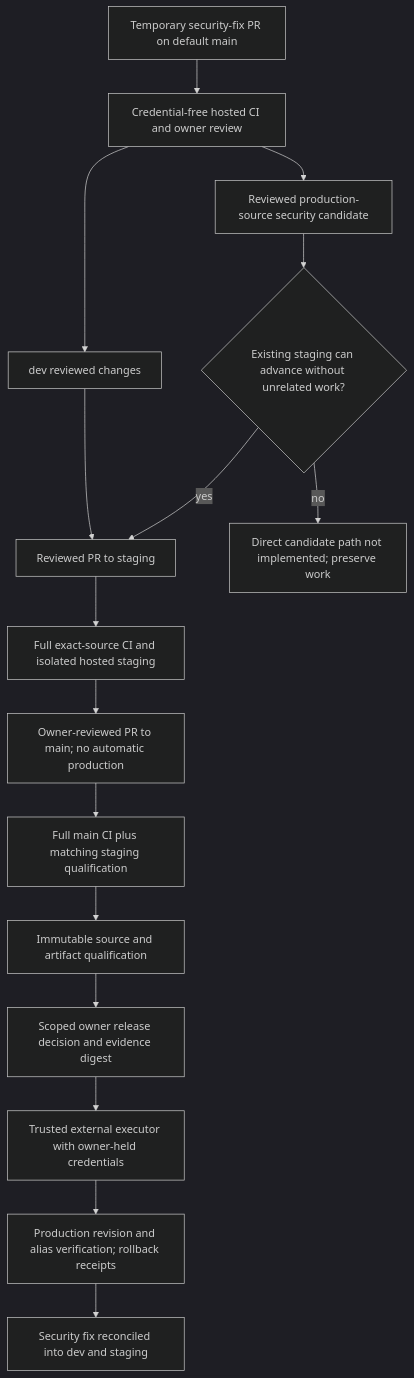
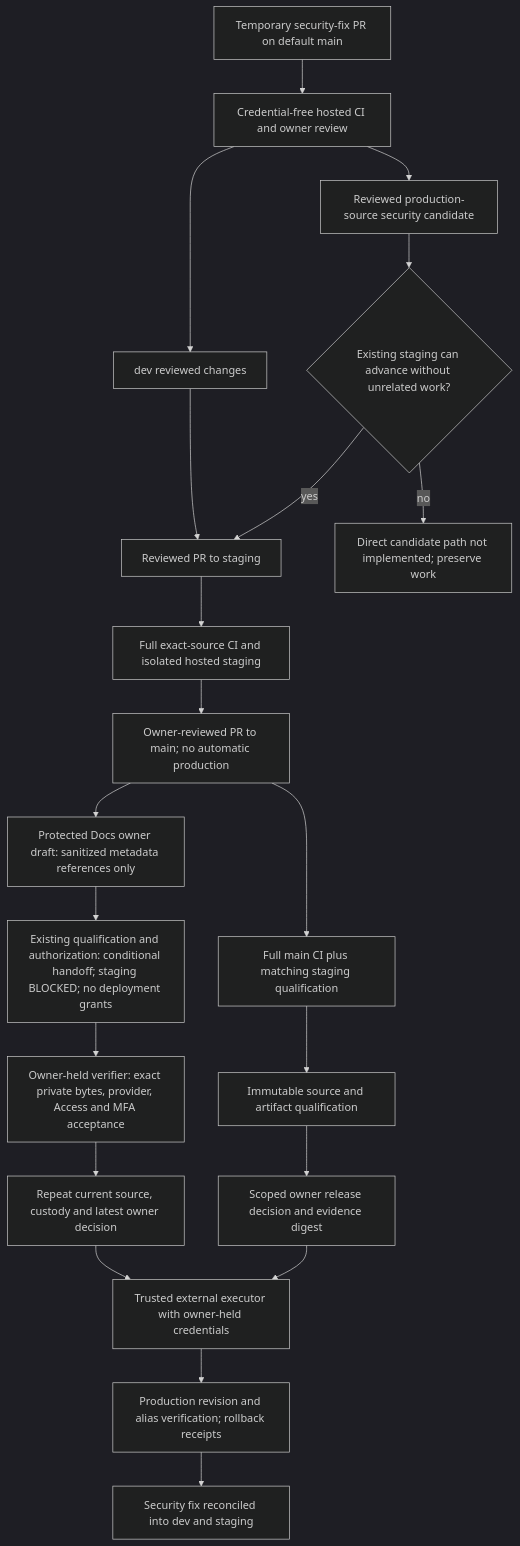
One commit to DruHustle/onesa-ai-platform changed the diagram in docs/engineering/CI_CD.md. Above: the diagram before and after it, drawn with Mermaid (dark theme). The commit also changed other lines of this file and 6 other files, not shown here.

Commit message:
Add conditional owner custody for protected Docs releases

````diff
--- a/docs/engineering/CI_CD.md
+++ b/docs/engineering/CI_CD.md
@@ -61,18 +66,23 @@
 ```mermaid
 flowchart TD
   Dev[dev reviewed changes] --> Stage[Reviewed PR to staging]
   Bot[Temporary security-fix PR on default main] --> Review[Credential-free hosted CI and owner review]
   Review --> Dev
   Review --> Urgent[Reviewed production-source security candidate]
   Urgent --> Feasible{Existing staging can advance without unrelated work?}
   Feasible -->|yes| Stage
   Feasible -->|no| Block[Direct candidate path not implemented; preserve work]
   Stage --> CI[Full exact-source CI and isolated hosted staging]
   CI --> Main[Owner-reviewed PR to main; no automatic production]
   Main --> Exact[Full main CI plus matching staging qualification]
+  Main --> Draft[Protected Docs owner draft: sanitized metadata references only]
+  Draft --> Conditional[Existing qualification and authorization: conditional handoff; staging BLOCKED; no deployment grants]
+  Conditional --> Live[Owner-held verifier: exact private bytes, provider, Access and MFA acceptance]
+  Live --> Fresh[Repeat current source, custody and latest owner decision]
+  Fresh --> External
   Exact --> Evidence[Immutable source and artifact qualification]
   Evidence --> Owner[Scoped owner release decision and evidence digest]
   Owner --> External[Trusted external executor with owner-held credentials]
   External --> Prod[Production revision and alias verification; rollback receipts]
   Prod --> Reconcile[Security fix reconciled into dev and staging]
 ```
````
